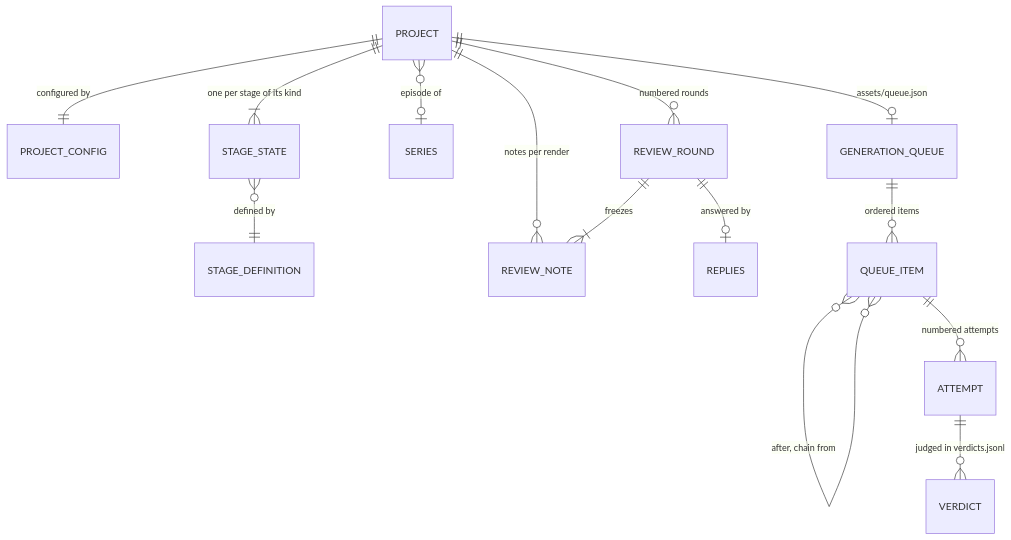
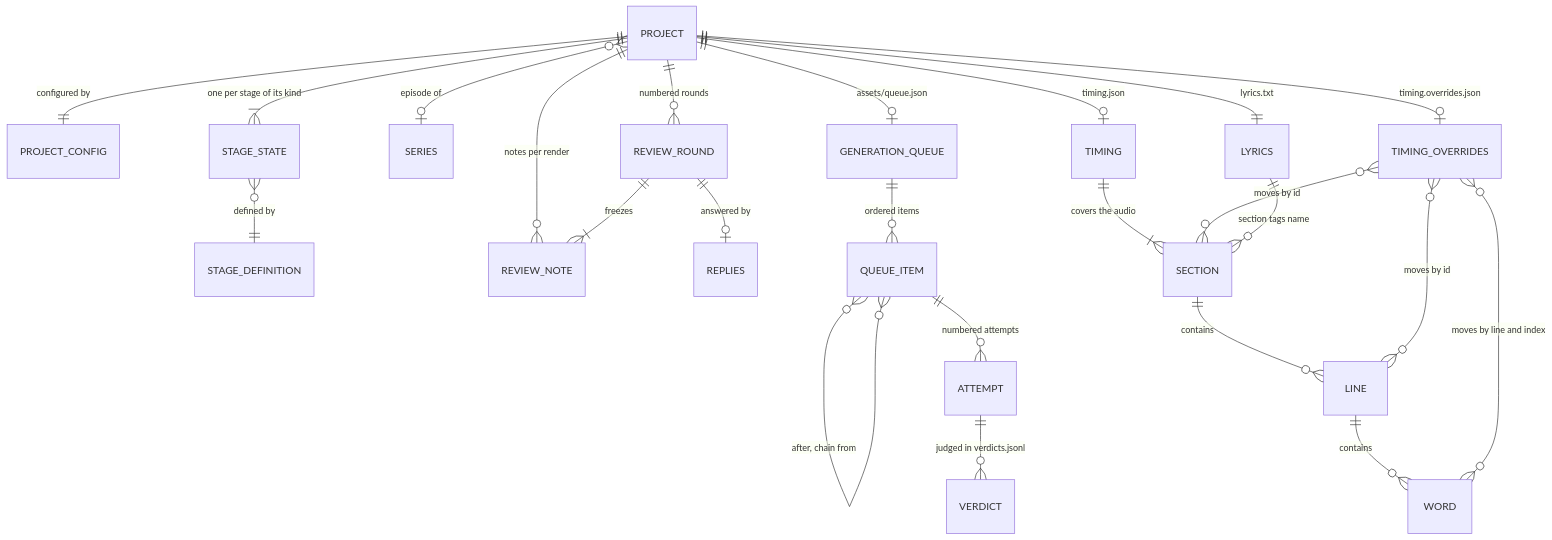
One commit to hemi1986/coreslopper changed the fourth of 4 diagrams in docs/architecture/data-model.md. Above: the diagram before and after it, drawn with Mermaid. The commit also changed other lines of this file and 14 other files, not shown here.

````diff
--- a/docs/architecture/data-model.md
+++ b/docs/architecture/data-model.md
@@ -184,16 +231,26 @@
 ```mermaid
 erDiagram
   PROJECT ||--|| PROJECT_CONFIG : "configured by"
   PROJECT ||--|{ STAGE_STATE : "one per stage of its kind"
   STAGE_STATE }o--|| STAGE_DEFINITION : "defined by"
   PROJECT }o--o| SERIES : "episode of"
   PROJECT ||--o{ REVIEW_NOTE : "notes per render"
   PROJECT ||--o{ REVIEW_ROUND : "numbered rounds"
   REVIEW_ROUND ||--|{ REVIEW_NOTE : "freezes"
   REVIEW_ROUND ||--o| REPLIES : "answered by"
   PROJECT ||--o| GENERATION_QUEUE : "assets/queue.json"
   GENERATION_QUEUE ||--o{ QUEUE_ITEM : "ordered items"
   QUEUE_ITEM }o--o{ QUEUE_ITEM : "after, chain from"
   QUEUE_ITEM ||--o{ ATTEMPT : "numbered attempts"
   ATTEMPT ||--o{ VERDICT : "judged in verdicts.jsonl"
+  PROJECT ||--|| LYRICS : "lyrics.txt"
+  PROJECT ||--o| TIMING : "timing.json"
+  PROJECT ||--o| TIMING_OVERRIDES : "timing.overrides.json"
+  TIMING ||--|{ SECTION : "covers the audio"
+  SECTION ||--o{ LINE : "contains"
+  LINE ||--o{ WORD : "contains"
+  TIMING_OVERRIDES }o--o{ SECTION : "moves by id"
+  TIMING_OVERRIDES }o--o{ LINE : "moves by id"
+  TIMING_OVERRIDES }o--o{ WORD : "moves by line and index"
+  LYRICS ||--o{ SECTION : "section tags name"
 ```
````
